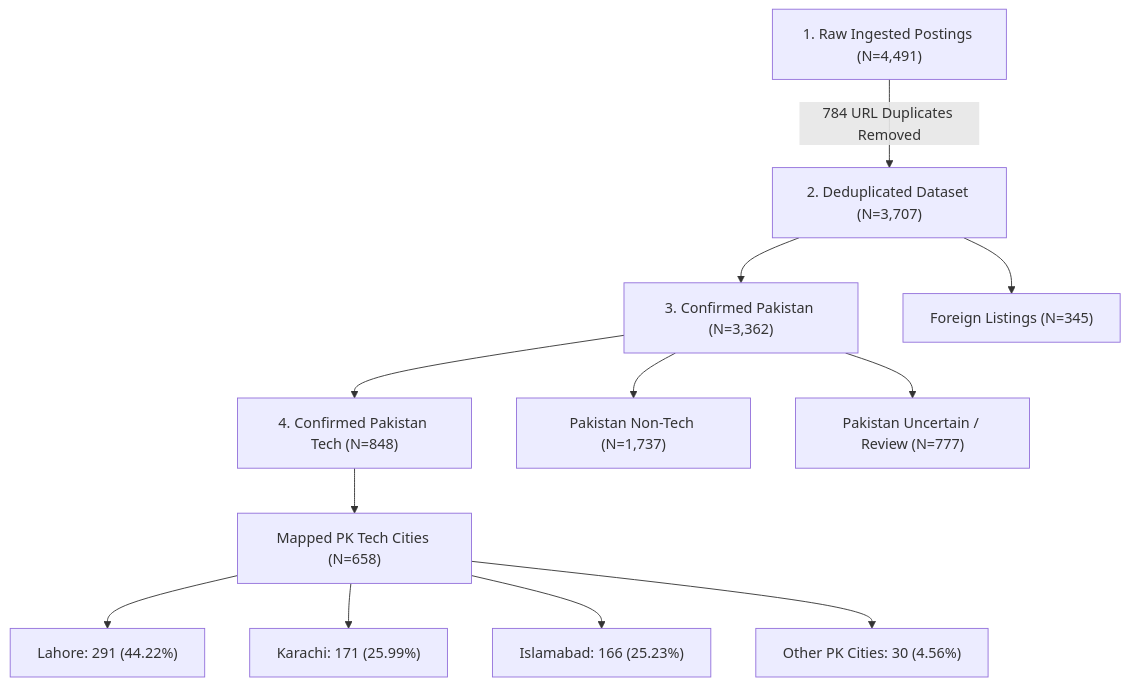
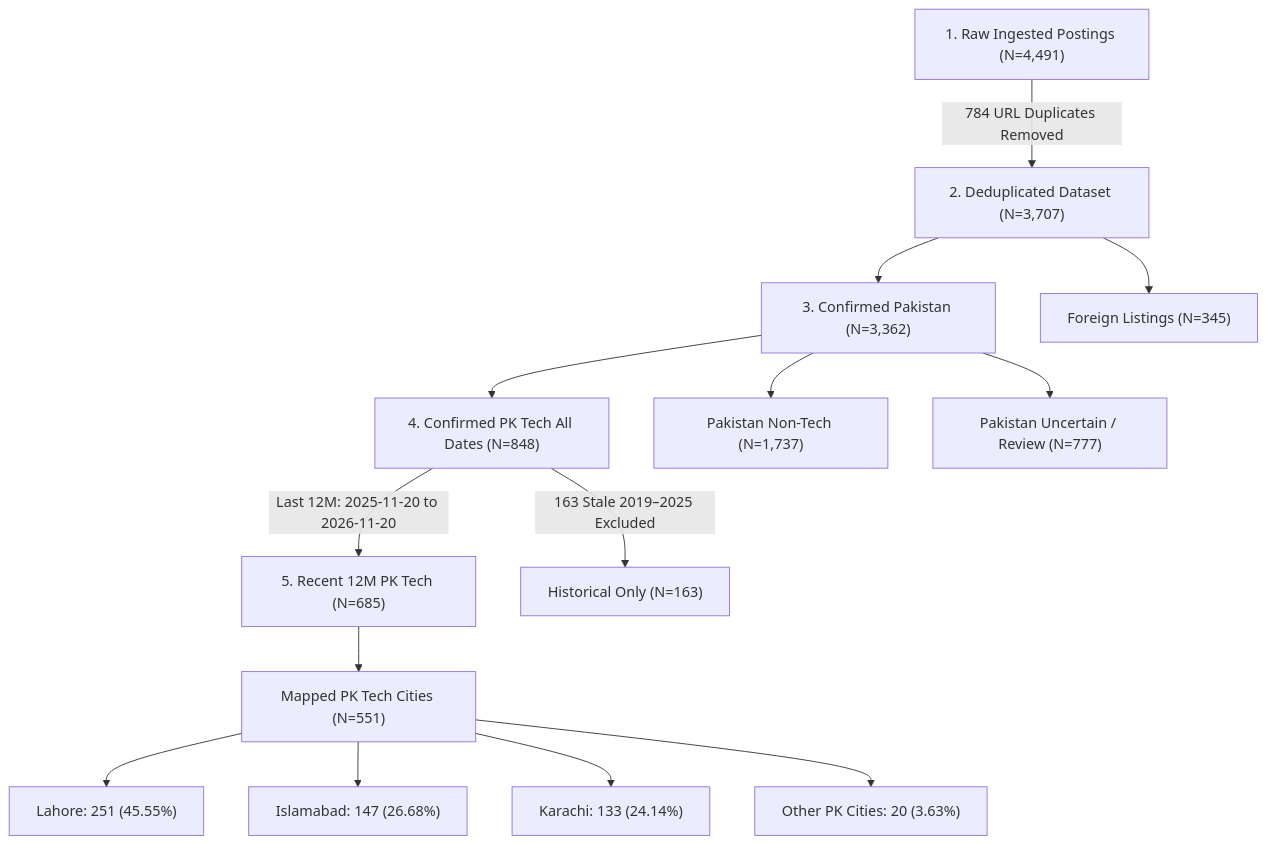
One commit to Awaisbacha55/hiretrends-pakistan-job-market changed the diagram in README.md. Above: the diagram before and after it, drawn with Mermaid. The commit also changed other lines of this file and 30 other files, not shown here.

````diff
--- a/README.md
+++ b/README.md
@@ -109,15 +110,17 @@
 ```mermaid
 flowchart TD
     Raw["1. Raw Ingested Postings (N=4,491)"] -->|"784 URL Duplicates Removed"| Dedup["2. Deduplicated Dataset (N=3,707)"]
     Dedup --> PK["3. Confirmed Pakistan (N=3,362)"]
     Dedup --> Foreign["Foreign Listings (N=345)"]
-    PK --> PKTech["4. Confirmed Pakistan Tech (N=848)"]
+    PK --> PKTech["4. Confirmed PK Tech All Dates (N=848)"]
     PK --> PKNonTech["Pakistan Non-Tech (N=1,737)"]
     PK --> PKReview["Pakistan Uncertain / Review (N=777)"]
+    PKTech -->|"Last 12M: 2025-11-20 to 2026-11-20"| Recent["5. Recent 12M PK Tech (N=685)"]
+    PKTech -->|"163 Stale 2019–2025 Excluded"| Stale["Historical Only (N=163)"]
     
-    PKTech --> MappedLoc["Mapped PK Tech Cities (N=658)"]
-    MappedLoc --> LHE["Lahore: 291 (44.22%)"]
-    MappedLoc --> KHI["Karachi: 171 (25.99%)"]
-    MappedLoc --> ISB["Islamabad: 166 (25.23%)"]
-    MappedLoc --> Other["Other PK Cities: 30 (4.56%)"]
+    Recent --> MappedLoc["Mapped PK Tech Cities (N=551)"]
+    MappedLoc --> LHE["Lahore: 251 (45.55%)"]
+    MappedLoc --> ISB["Islamabad: 147 (26.68%)"]
+    MappedLoc --> KHI["Karachi: 133 (24.14%)"]
+    MappedLoc --> Other["Other PK Cities: 20 (3.63%)"]
 ```
````
